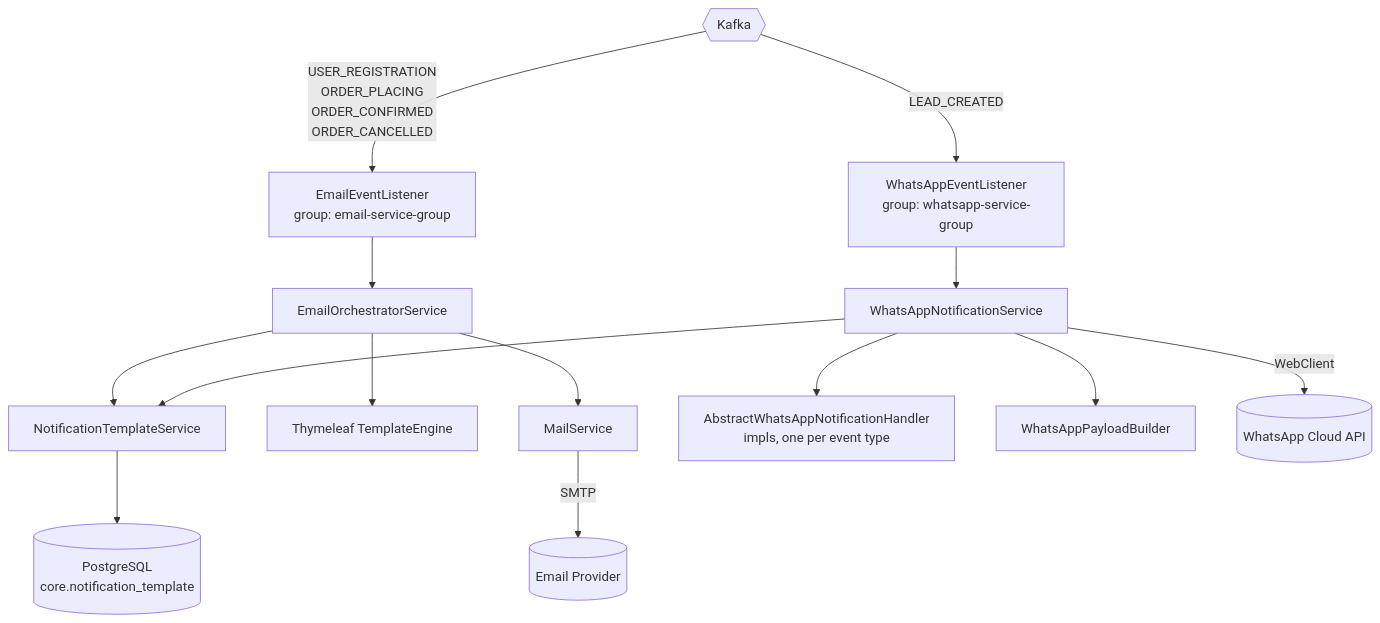
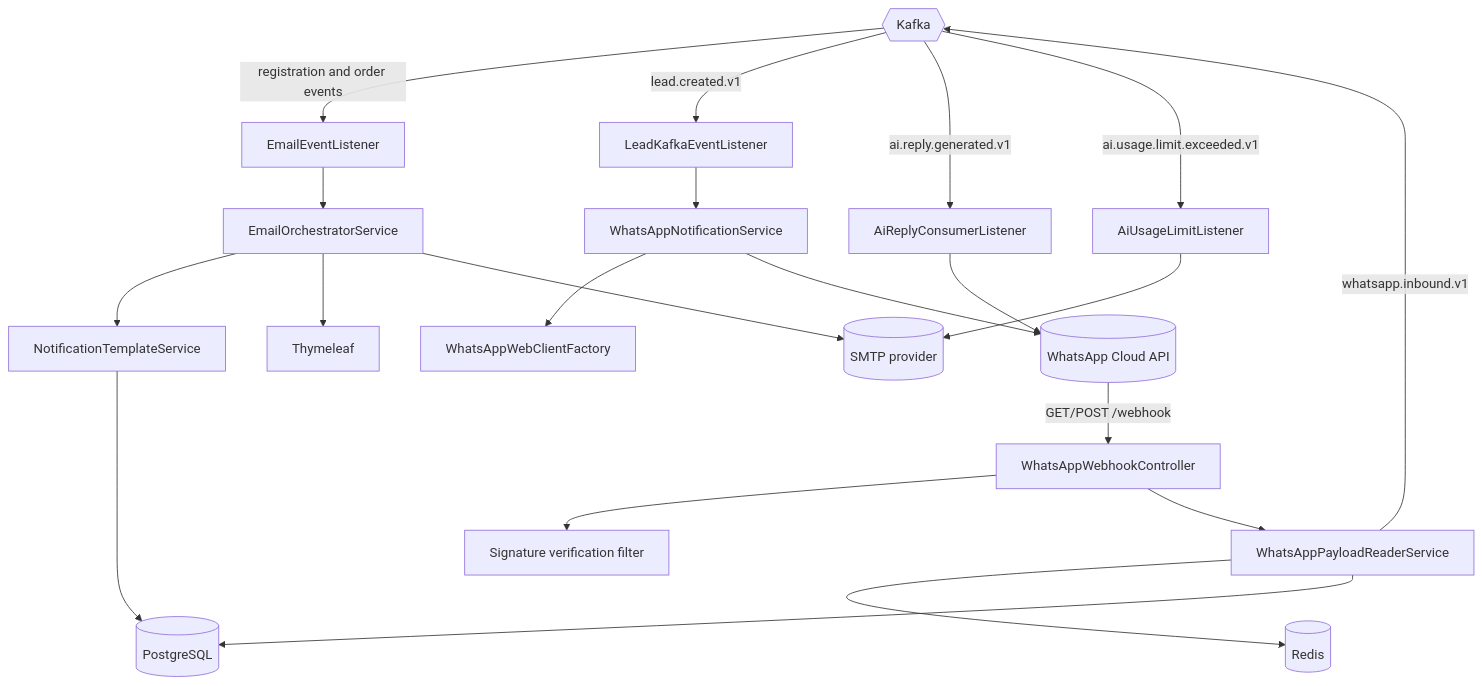
One commit to igorzelaya-io/mercado-x-email changed the second of 2 diagrams in README.md. Above: the diagram before and after it, drawn with Mermaid. The commit also changed other lines of this file and 56 other files, not shown here.

````diff
--- a/README.md
+++ b/README.md
@@ -76,19 +71,32 @@
 ```mermaid
-graph TD
-    kafka{{Kafka}} -->|USER_REGISTRATION<br/>ORDER_PLACING<br/>ORDER_CONFIRMED<br/>ORDER_CANCELLED| emailListener[EmailEventListener<br/>group: email-service-group]
-    kafka -->|LEAD_CREATED| waListener[WhatsAppEventListener<br/>group: whatsapp-service-group]
+flowchart TD
+    Kafka{{Kafka}}
+    PostgreSQL[(PostgreSQL)]
+    Redis[(Redis)]
 
-    emailListener --> orchestrator[EmailOrchestratorService]
-    orchestrator --> templateSvc[NotificationTemplateService]
-    orchestrator --> thymeleaf[Thymeleaf TemplateEngine]
-    orchestrator --> mailService[MailService]
-    mailService -->|SMTP| provider[(Email Provider)]
+    Kafka -->|registration and order events| EmailListener[EmailEventListener]
+    EmailListener --> EmailOrchestrator[EmailOrchestratorService]
+    EmailOrchestrator --> TemplateService[NotificationTemplateService]
+    EmailOrchestrator --> Thymeleaf[Thymeleaf]
+    EmailOrchestrator --> SMTP[(SMTP provider)]
 
-    waListener --> waService[WhatsAppNotificationService]
-    waService --> handlers[AbstractWhatsAppNotificationHandler<br/>impls, one per event type]
-    waService --> templateSvc
-    waService --> payloadBuilder[WhatsAppPayloadBuilder]
-    waService -->|WebClient| meta[(WhatsApp Cloud API)]
+    Kafka -->|lead.created.v1| LeadListener[LeadKafkaEventListener]
+    LeadListener --> WhatsAppNotifications[WhatsAppNotificationService]
+    WhatsAppNotifications --> TenantClient[WhatsAppWebClientFactory]
+    WhatsAppNotifications --> Meta[(WhatsApp Cloud API)]
 
-    templateSvc --> pg[(PostgreSQL<br/>core.notification_template)]
+    Meta -->|GET/POST /webhook| Webhook[WhatsAppWebhookController]
+    Webhook --> Signature[Signature verification filter]
+    Webhook --> Reader[WhatsAppPayloadReaderService]
+    Reader --> Redis
+    Reader -->|whatsapp.inbound.v1| Kafka
+
+    Kafka -->|ai.reply.generated.v1| ReplyListener[AiReplyConsumerListener]
+    ReplyListener --> Meta
+
+    Kafka -->|ai.usage.limit.exceeded.v1| QuotaListener[AiUsageLimitListener]
+    QuotaListener --> SMTP
+
+    TemplateService --> PostgreSQL
+    Reader --> PostgreSQL
 ```
````
